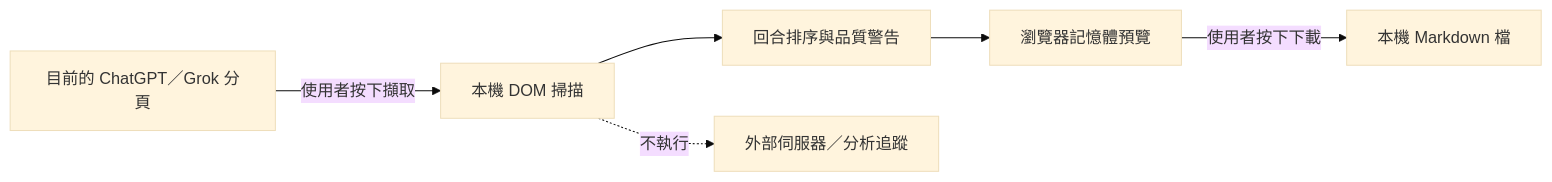
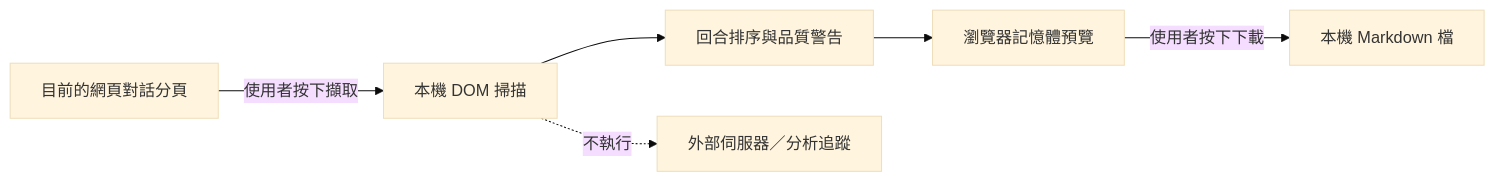
Before and after one commit to b0807249/gpt-exporter-local: the diagram in README.md, drawn with Mermaid (base theme). The commit also changed other lines of this file and 18 other files, not shown here.

````diff
--- a/README.md
+++ b/README.md
@@ -15,8 +15,8 @@
 ```mermaid
 flowchart LR
-  A[目前的 ChatGPT／Grok 分頁] -->|使用者按下擷取| B[本機 DOM 掃描]
+  A[目前的網頁對話分頁] -->|使用者按下擷取| B[本機 DOM 掃描]
   B --> C[回合排序與品質警告]
   C --> D[瀏覽器記憶體預覽]
   D -->|使用者按下下載| E[本機 Markdown 檔]
   B -. 不執行 .-> F[外部伺服器／分析追蹤]
 ```
````
